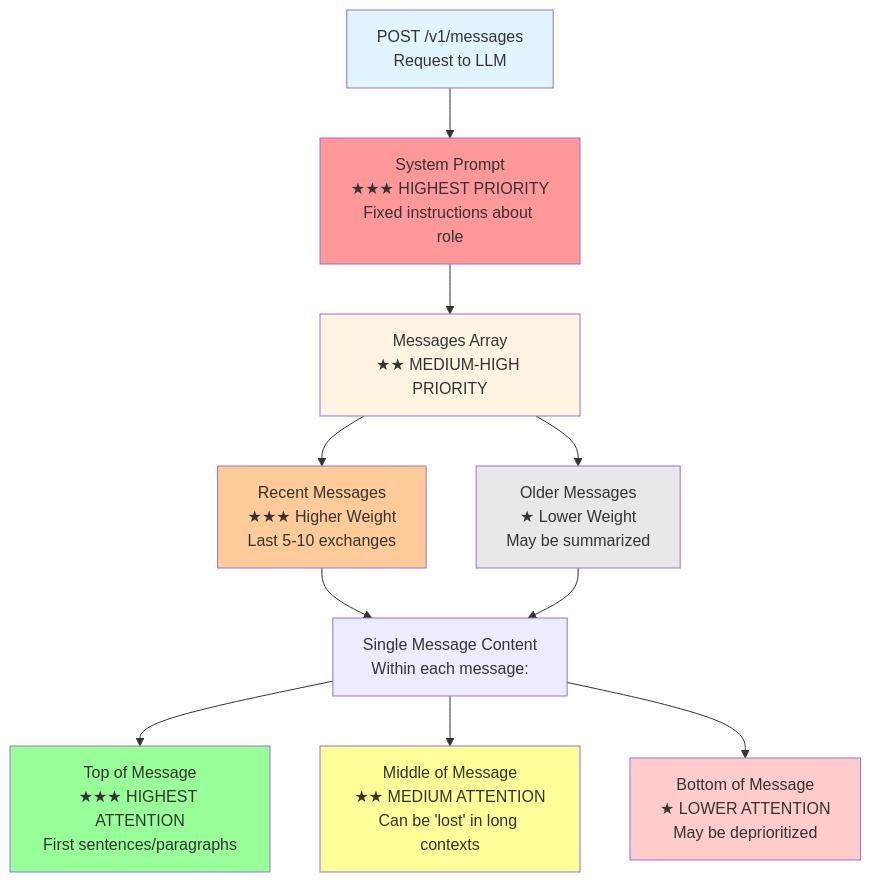
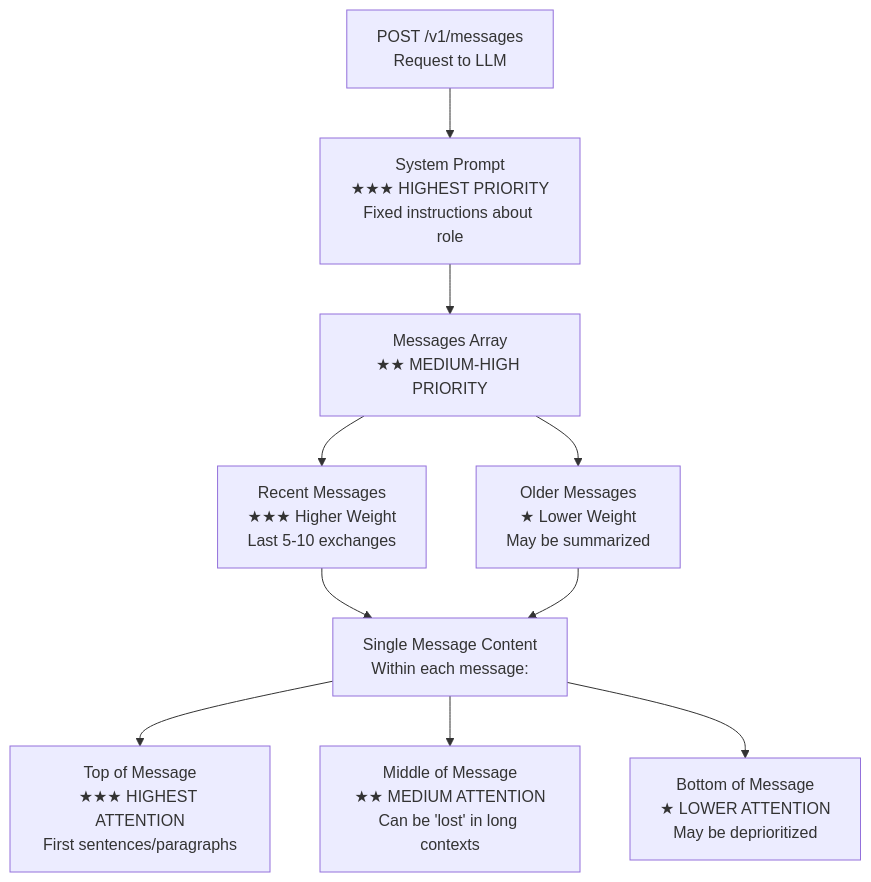
One commit to uz0/llm changed the second of 2 diagrams in docs/01_prompt.md. Above: the diagram before and after it, drawn with Mermaid. The commit also changed other lines of this file and 4 other files, not shown here.

````diff
--- a/docs/01_prompt.md
+++ b/docs/01_prompt.md
@@ -75,25 +69,16 @@
 ```mermaid
 flowchart TD
     A["POST /v1/messages<br/>Request to LLM"] --> B["System Prompt<br/>★★★ HIGHEST PRIORITY<br/>Fixed instructions about role"]
 
     B --> C["Messages Array<br/>★★ MEDIUM-HIGH PRIORITY"]
 
     C --> D["Recent Messages<br/>★★★ Higher Weight<br/>Last 5-10 exchanges"]
     C --> E["Older Messages<br/>★ Lower Weight<br/>May be summarized"]
 
     D --> F["Single Message Content<br/>Within each message:"]
     E --> F
 
     F --> G["Top of Message<br/>★★★ HIGHEST ATTENTION<br/>First sentences/paragraphs"]
     F --> H["Middle of Message<br/>★★ MEDIUM ATTENTION<br/>Can be 'lost' in long contexts"]
     F --> I["Bottom of Message<br/>★ LOWER ATTENTION<br/>May be deprioritized"]
-
-    style A fill:#e1f5ff
-    style B fill:#ff9999
-    style C fill:#fff4e1
-    style D fill:#ffcc99
-    style E fill:#e8e8e8
-    style G fill:#99ff99
-    style H fill:#ffff99
-    style I fill:#ffcccc
 ```
````
